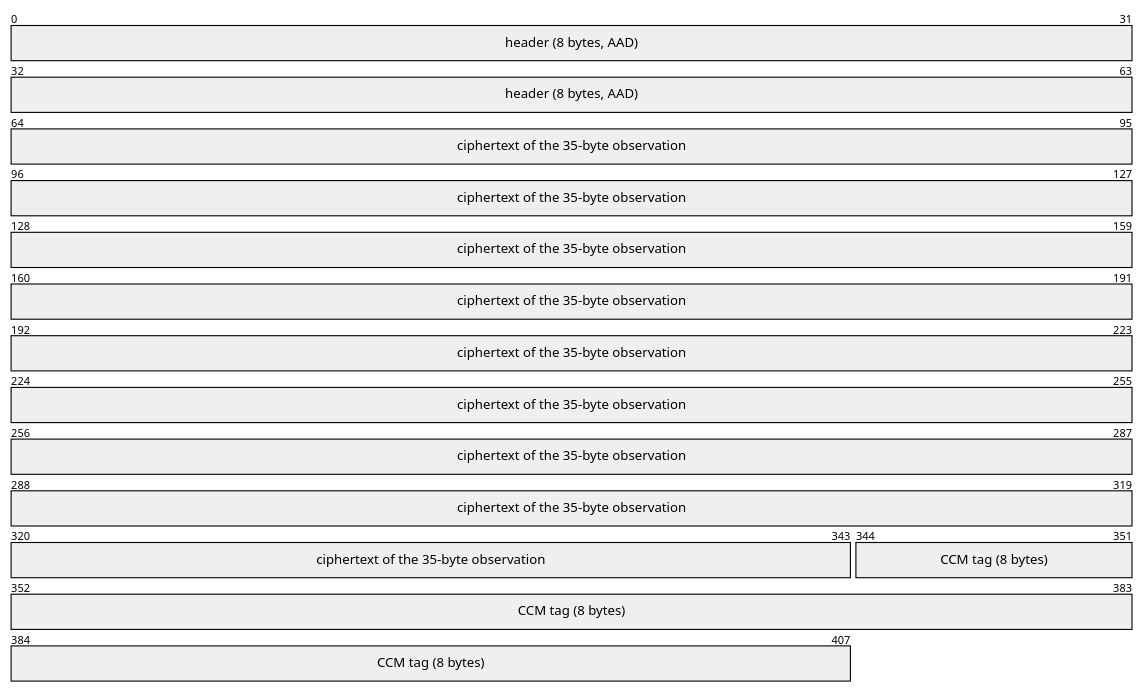
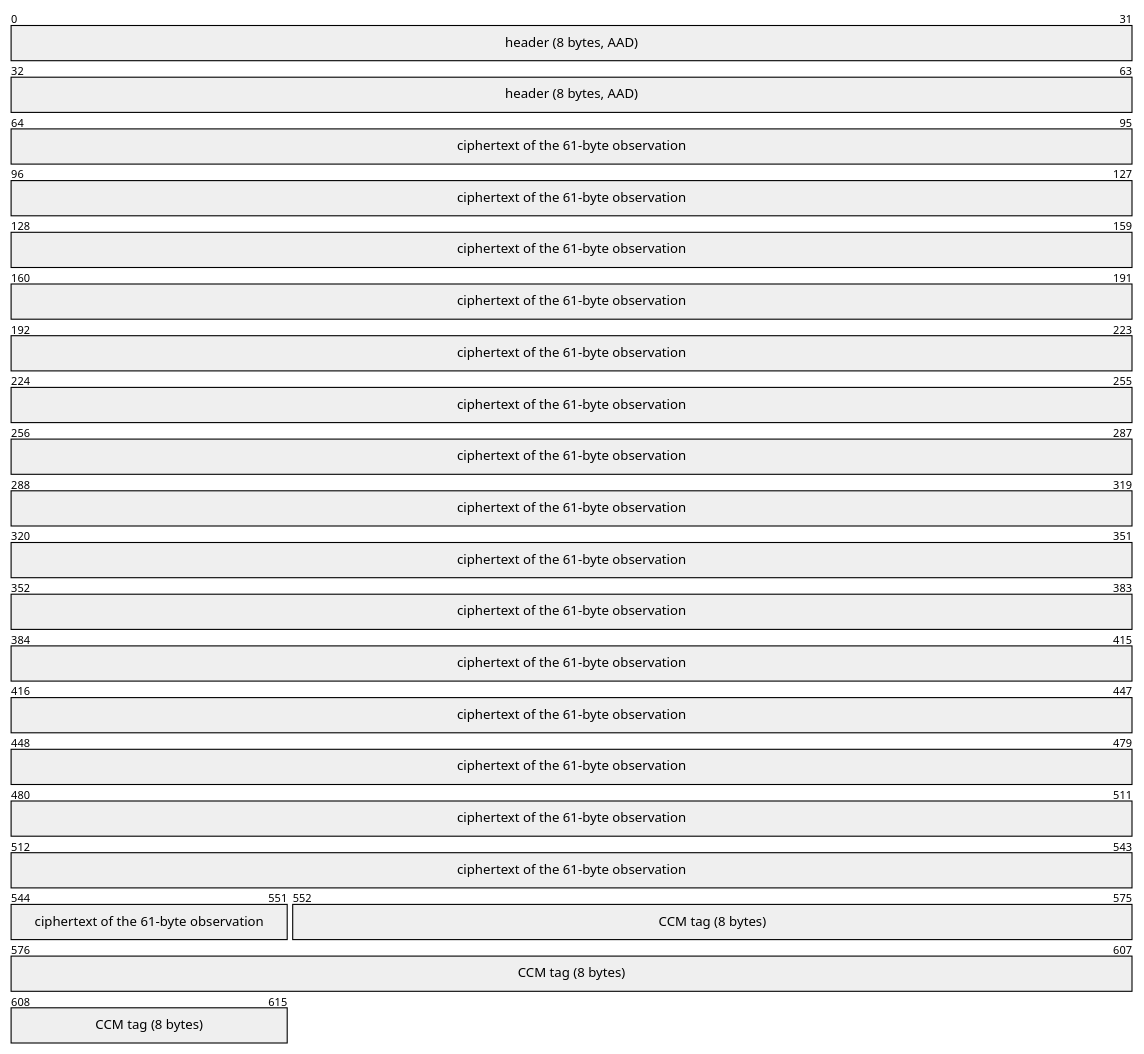
The eighth of 22 diagrams in docs/protocol-stack.md (clintecker/weather-station-2026), drawn with Mermaid (neutral theme) before and after one commit. The commit also changed other lines of this file and 42 other files, not shown here.

````diff
--- a/docs/protocol-stack.md
+++ b/docs/protocol-stack.md
@@ -380,6 +380,6 @@
 ```mermaid
 packet-beta
   0-63: "header (8 bytes, AAD)"
-  64-343: "ciphertext of the 35-byte observation"
-  344-407: "CCM tag (8 bytes)"
+  64-551: "ciphertext of the 61-byte observation"
+  552-615: "CCM tag (8 bytes)"
 ```
````
